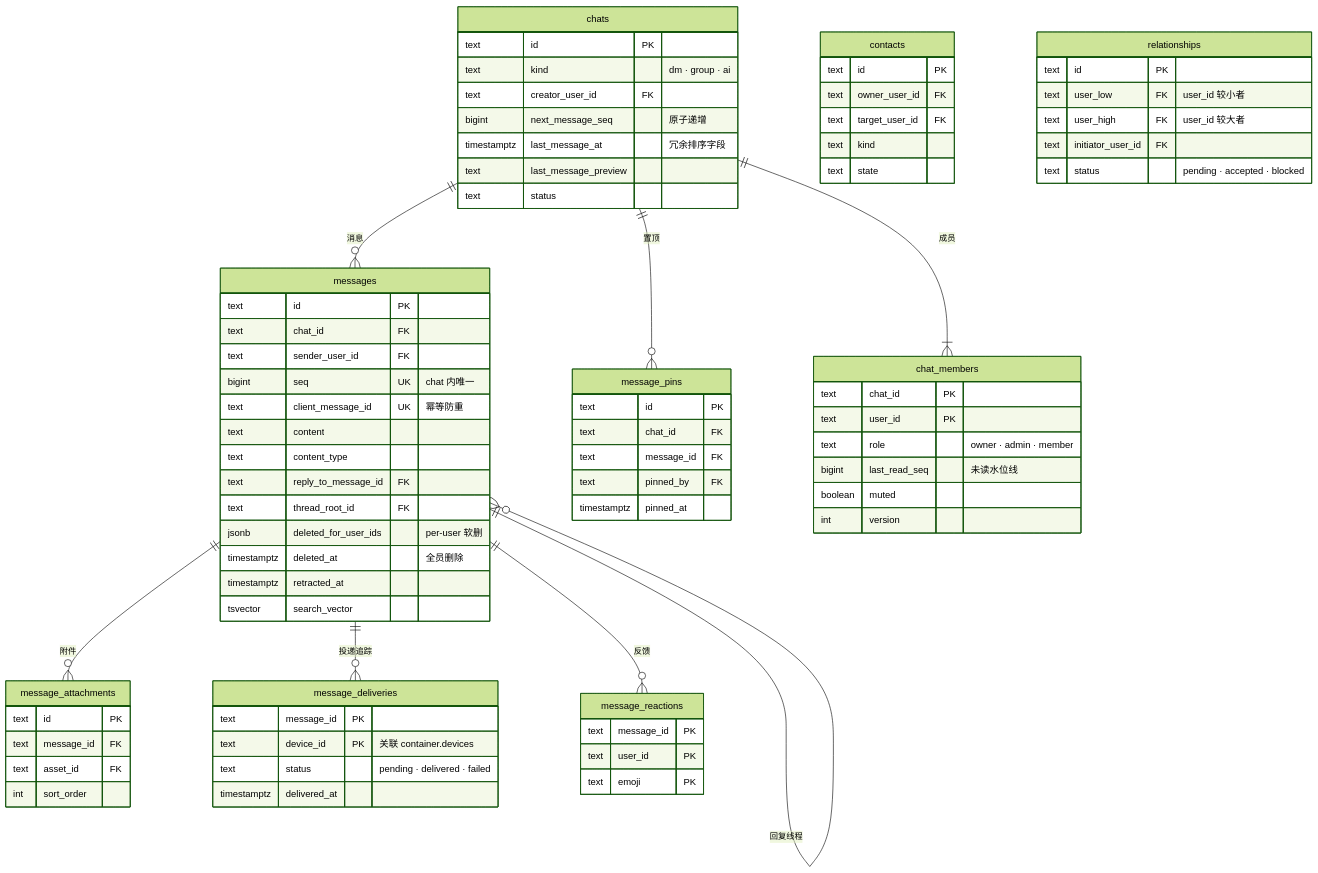
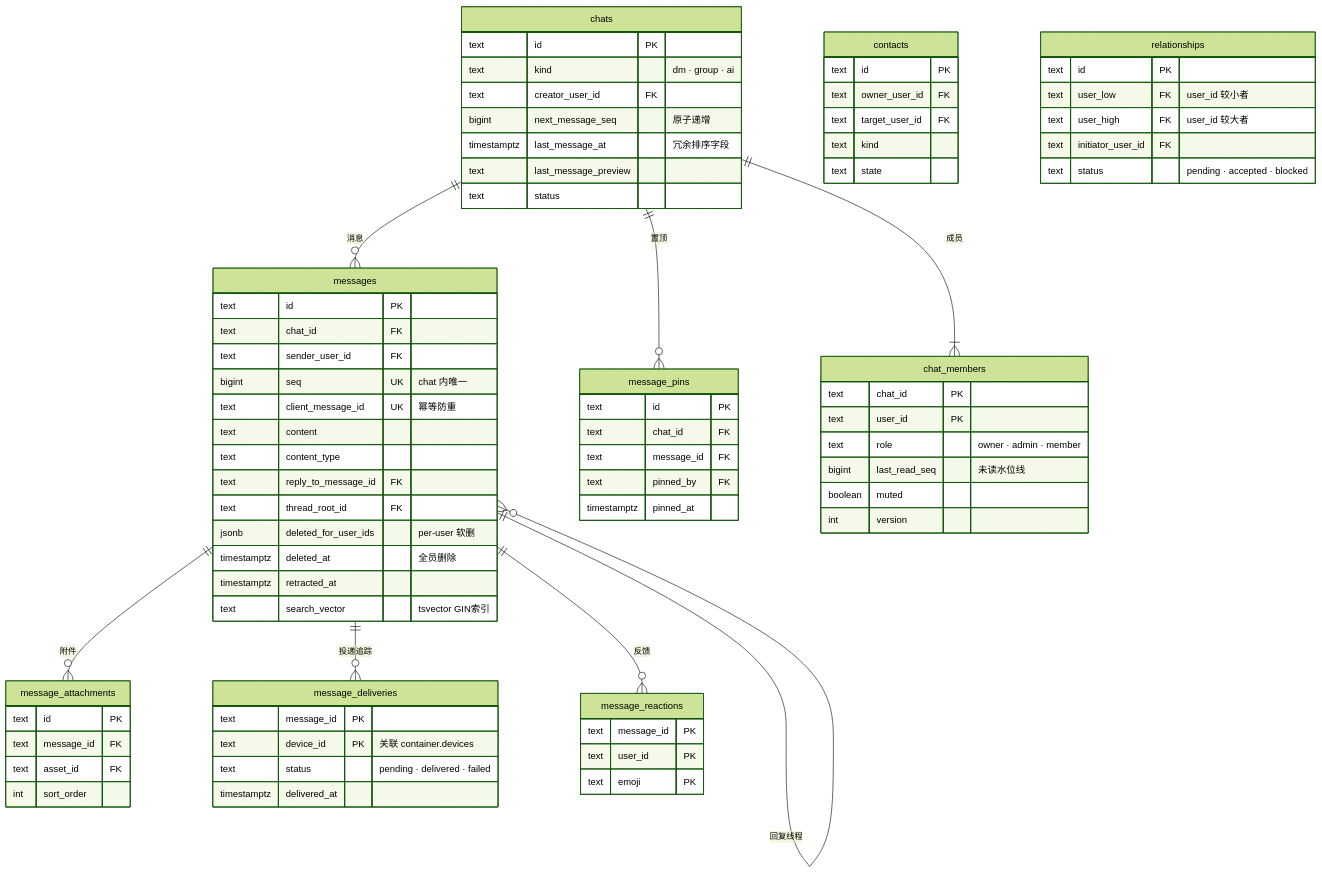
Before and after one commit to nmhjklnm/mycel-db-design: the third of 6 diagrams in overview.md, drawn with Mermaid (forest theme). The commit also changed other lines of this file, not shown here.

Commit message:
db-design: fix erDiagram FK UK double modifier and tsvector type

````diff
--- a/overview.md
+++ b/overview.md
@@ -215,81 +215,81 @@
 ```mermaid
 erDiagram
     chats {
         text id PK
         text kind "dm · group · ai"
         text creator_user_id FK
         bigint next_message_seq "原子递增"
         timestamptz last_message_at "冗余排序字段"
         text last_message_preview
         text status
     }
     messages {
         text id PK
         text chat_id FK
         text sender_user_id FK
         bigint seq UK "chat 内唯一"
         text client_message_id UK "幂等防重"
         text content
         text content_type
         text reply_to_message_id FK
         text thread_root_id FK
         jsonb deleted_for_user_ids "per-user 软删"
         timestamptz deleted_at "全员删除"
         timestamptz retracted_at
-        tsvector search_vector
+        text search_vector "tsvector GIN索引"
     }
     message_attachments {
         text id PK
         text message_id FK
         text asset_id FK
         int sort_order
     }
     message_deliveries {
         text message_id PK
         text device_id PK "关联 container.devices"
         text status "pending · delivered · failed"
         timestamptz delivered_at
     }
     message_reactions {
         text message_id PK
         text user_id PK
         text emoji PK
     }
     message_pins {
         text id PK
         text chat_id FK
         text message_id FK
         text pinned_by FK
         timestamptz pinned_at
     }
     chat_members {
         text chat_id PK
         text user_id PK
         text role "owner · admin · member"
         bigint last_read_seq "未读水位线"
         boolean muted
         int version
     }
     contacts {
         text id PK
         text owner_user_id FK
         text target_user_id FK
         text kind
         text state
     }
     relationships {
         text id PK
         text user_low FK "user_id 较小者"
         text user_high FK "user_id 较大者"
         text initiator_user_id FK
         text status "pending · accepted · blocked"
     }
 
     chats ||--|{ chat_members : "成员"
     chats ||--o{ messages : "消息"
     chats ||--o{ message_pins : "置顶"
     messages ||--o{ message_attachments : "附件"
     messages ||--o{ message_deliveries : "投递追踪"
     messages ||--o{ message_reactions : "反馈"
     messages ||--o{ messages : "回复线程"
 ```
````
